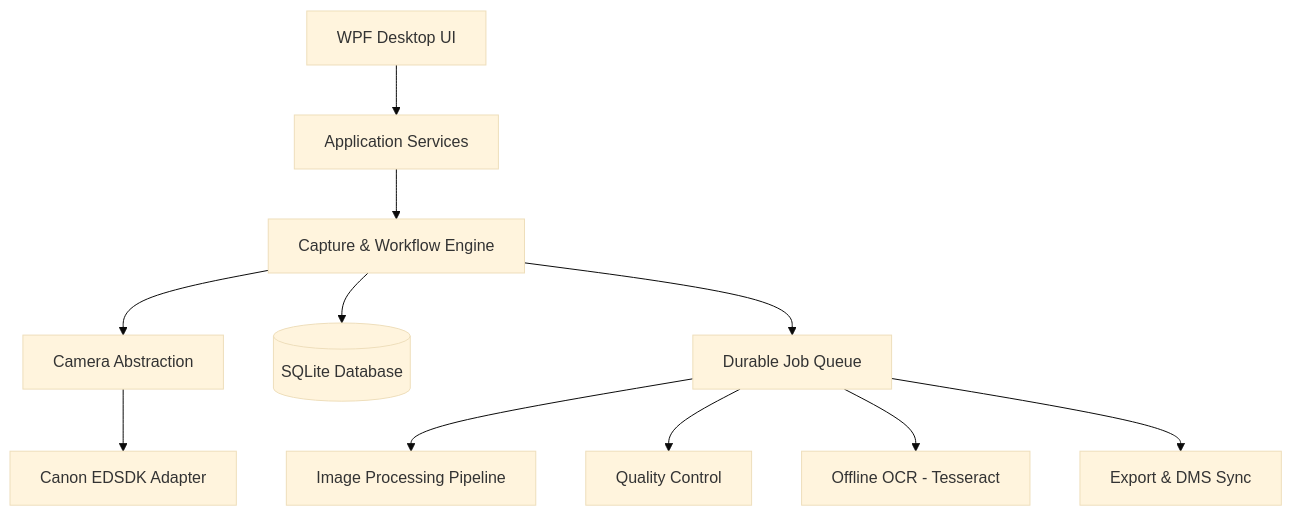
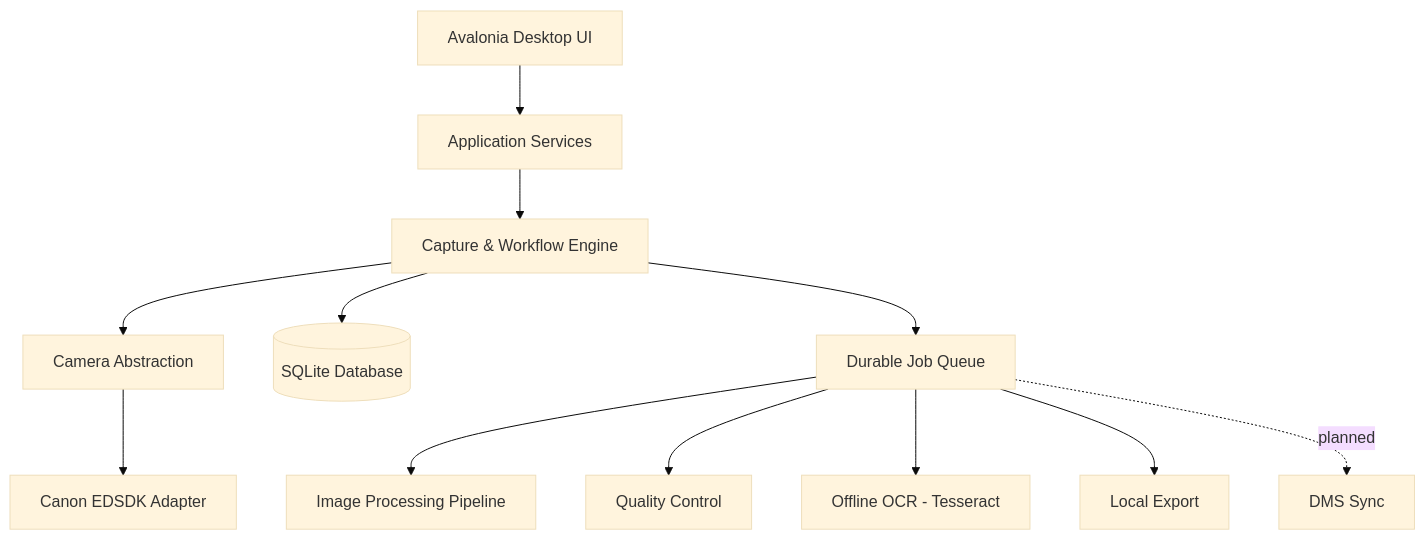
Before and after one commit to Shravan-tiwari/MicroCapture: the diagram in ARCHITECTURE.md, drawn with Mermaid (base theme). The commit also changed other lines of this file and 18 other files, not shown here.

````diff
--- a/ARCHITECTURE.md
+++ b/ARCHITECTURE.md
@@ -6,15 +6,16 @@
 ```mermaid
 graph TD
-    UI[WPF Desktop UI] --> AppServices[Application Services]
+    UI[Avalonia Desktop UI] --> AppServices[Application Services]
     AppServices --> CaptureEngine[Capture & Workflow Engine]
     CaptureEngine --> CameraAbstraction[Camera Abstraction]
     CameraAbstraction --> CanonSDK[Canon EDSDK Adapter]
     
     CaptureEngine --> DB[(SQLite Database)]
     CaptureEngine --> JobQueue[Durable Job Queue]
     
     JobQueue --> ImageProcessing[Image Processing Pipeline]
     JobQueue --> QC[Quality Control]
     JobQueue --> OCR[Offline OCR - Tesseract]
-    JobQueue --> Export[Export & DMS Sync]
+    JobQueue --> Export[Local Export]
+    JobQueue -. planned .-> DMS[DMS Sync]
 ```
````
